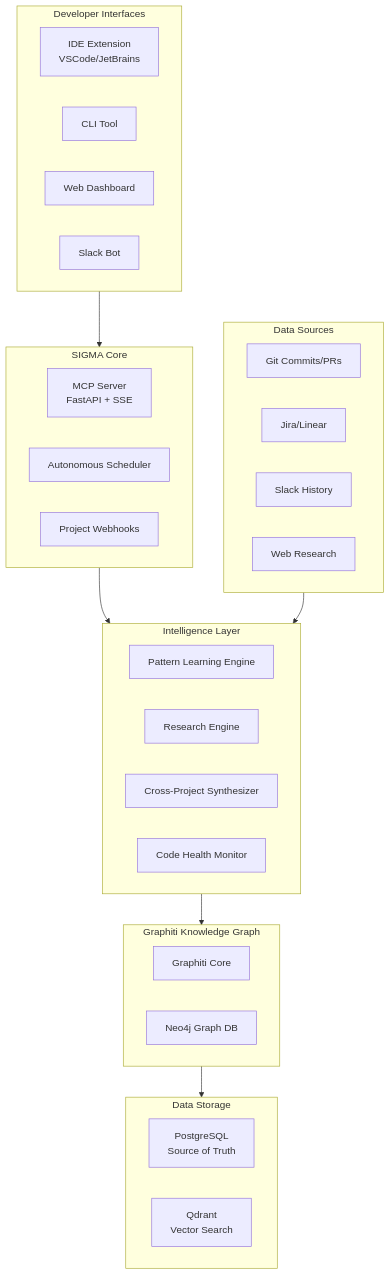
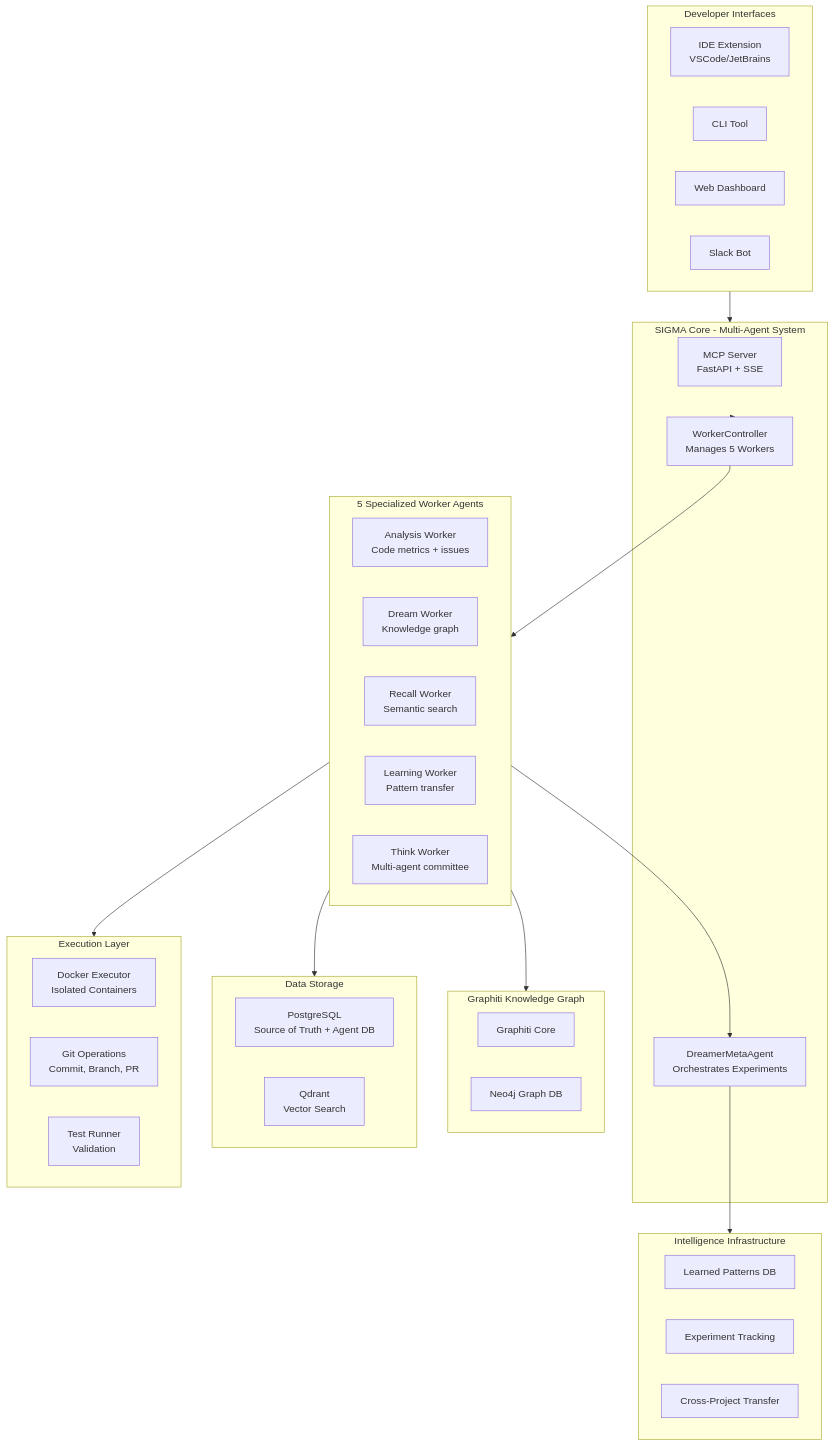
The first of 20 diagrams in memory-bank/systemPatterns.md (zad0xlik/sigma-evolve), drawn with Mermaid before and after one commit. The commit also changed other lines of this file and 41 other files, not shown here.

````diff
--- a/memory-bank/systemPatterns.md
+++ b/memory-bank/systemPatterns.md
@@ -7,45 +7,54 @@
 ```mermaid
 flowchart TB
     subgraph Clients["Developer Interfaces"]
         IDE[IDE Extension<br/>VSCode/JetBrains]
         CLI[CLI Tool]
         WEB[Web Dashboard]
         SLACK[Slack Bot]
     end
     
-    subgraph Core["SIGMA Core"]
+    subgraph Core["SIGMA Core - Multi-Agent System"]
         MCP[MCP Server<br/>FastAPI + SSE]
-        SCHEDULER[Autonomous Scheduler]
-        WEBHOOK[Project Webhooks]
+        CONTROLLER[WorkerController<br/>Manages 5 Workers]
+        DREAMER[DreamerMetaAgent<br/>Orchestrates Experiments]
     end
     
-    subgraph Intelligence["Intelligence Layer"]
-        PATTERN[Pattern Learning Engine]
-        RESEARCH[Research Engine]
-        CROSS[Cross-Project Synthesizer]
-        HEALTH[Code Health Monitor]
+    subgraph Workers["5 Specialized Worker Agents"]
+        ANALYSIS[Analysis Worker<br/>Code metrics + issues]
+        DREAM[Dream Worker<br/>Knowledge graph]
+        RECALL[Recall Worker<br/>Semantic search]
+        LEARNING[Learning Worker<br/>Pattern transfer]
+        THINK[Think Worker<br/>Multi-agent committee]
+    end
+    
+    subgraph Intelligence["Intelligence Infrastructure"]
+        PATTERNS[Learned Patterns DB]
+        EXPERIMENTS[Experiment Tracking]
+        CROSS[Cross-Project Transfer]
     end
     
     subgraph Knowledge["Graphiti Knowledge Graph"]
         GRAPHITI[Graphiti Core]
         NEO[Neo4j Graph DB]
     end
     
     subgraph Storage["Data Storage"]
-        PG[PostgreSQL<br/>Source of Truth]
+        PG[PostgreSQL<br/>Source of Truth + Agent DB]
         QD[Qdrant<br/>Vector Search]
     end
     
-    subgraph Sources["Data Sources"]
-        GIT[Git Commits/PRs]
-        JIRA[Jira/Linear]
-        SLACKDATA[Slack History]
-        WEBRES[Web Research]
+    subgraph Execution["Execution Layer"]
+        DOCKER[Docker Executor<br/>Isolated Containers]
+        GIT[Git Operations<br/>Commit, Branch, PR]
+        TEST[Test Runner<br/>Validation]
     end
     
     Clients --> Core
-    Core --> Intelligence
-    Intelligence --> Knowledge
-    Knowledge --> Storage
-    Sources --> Intelligence
+    Core --> CONTROLLER
+    CONTROLLER --> Workers
+    Workers --> DREAMER
+    DREAMER --> Intelligence
+    Workers --> Knowledge
+    Workers --> Storage
+    Workers --> Execution
 ```
````
